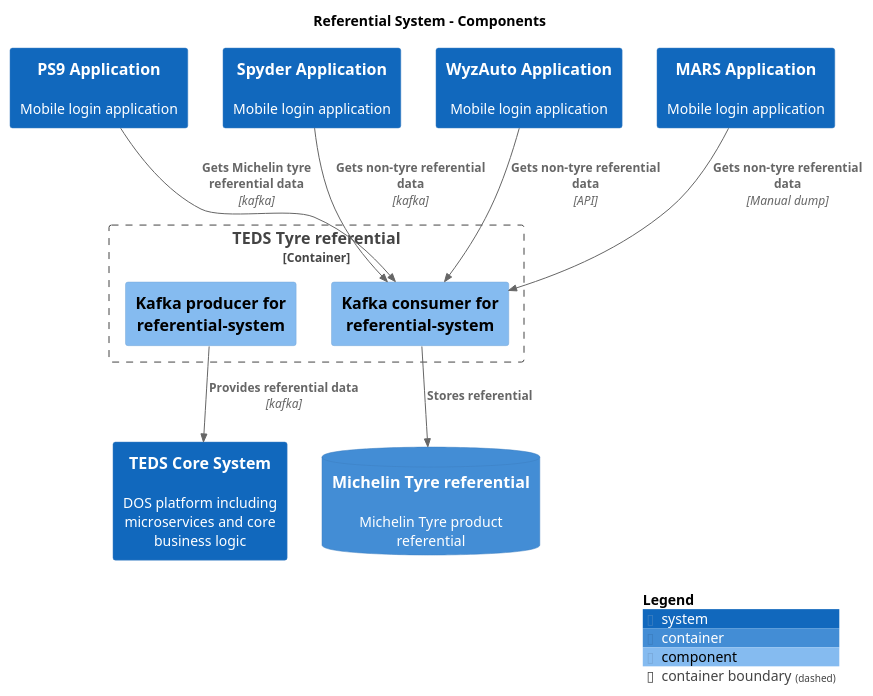
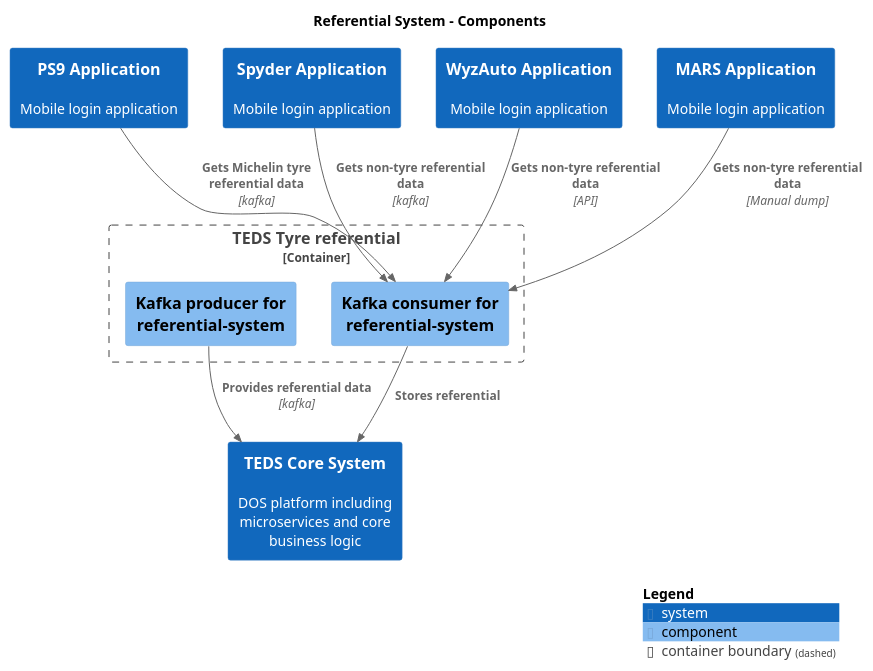
Before and after one commit to kzsahay/teds: the diagram in main/puml/Level3_referential_Components.puml, drawn with PlantUML. The commit also changed 193 other files, not shown here.

```diff
--- a/main/puml/Level3_referential_Components.puml
+++ b/main/puml/Level3_referential_Components.puml
@@ -1,32 +1,30 @@
 @startuml
 set separator none
 title Referential System – Components
 
 top to bottom direction
 
 !include <C4/C4>
 !include <C4/C4_Context>
-!include <C4/C4_Container>
 !include <C4/C4_Component>
 
 System(TEDSCoreSystem, "TEDS Core System", $descr="DOS platform including microservices and core business logic", $tags="", $link="")
 System(PS9Application, "PS9 Application", $descr="Mobile login application", $tags="", $link="")
 System(SpyderApplication, "Spyder Application", $descr="Mobile login application", $tags="", $link="")
 System(WyzAutoApplication, "WyzAuto Application", $descr="Mobile login application", $tags="", $link="")
 System(MARSApplication, "MARS Application", $descr="Mobile login application", $tags="", $link="")
-ContainerDb(ReferentialSystem.MichelinTyrereferential, "Michelin Tyre referential", $techn="", $descr="Michelin Tyre product referential", $tags="", $link="")
 
 Container_Boundary("ReferentialSystem.TEDSTyrereferential_boundary", "TEDS Tyre referential", $tags="") {
   Component(ReferentialSystem.TEDSTyrereferential.Kafkaproducerforreferentialsystem, "Kafka producer for referential-system", $techn="", $descr="", $tags="", $link="")
   Component(ReferentialSystem.TEDSTyrereferential.Kafkaconsumerforreferentialsystem, "Kafka consumer for referential-system", $techn="", $descr="", $tags="", $link="")
 }
 
+Rel(MARSApplication, ReferentialSystem.TEDSTyrereferential.Kafkaconsumerforreferentialsystem, "Gets non-tyre referential data", $techn="Manual dump", $tags="", $link="")
+Rel(ReferentialSystem.TEDSTyrereferential.Kafkaconsumerforreferentialsystem, TEDSCoreSystem, "Stores referential", $techn="", $tags="", $link="")
+Rel(ReferentialSystem.TEDSTyrereferential.Kafkaproducerforreferentialsystem, TEDSCoreSystem, "Provides referential data", $techn="kafka", $tags="", $link="")
+Rel(PS9Application, ReferentialSystem.TEDSTyrereferential.Kafkaconsumerforreferentialsystem, "Gets Michelin tyre referential data", $techn="kafka", $tags="", $link="")
 Rel(SpyderApplication, ReferentialSystem.TEDSTyrereferential.Kafkaconsumerforreferentialsystem, "Gets non-tyre referential data", $techn="kafka", $tags="", $link="")
 Rel(WyzAutoApplication, ReferentialSystem.TEDSTyrereferential.Kafkaconsumerforreferentialsystem, "Gets non-tyre referential data", $techn="API", $tags="", $link="")
-Rel(MARSApplication, ReferentialSystem.TEDSTyrereferential.Kafkaconsumerforreferentialsystem, "Gets non-tyre referential data", $techn="Manual dump", $tags="", $link="")
-Rel(ReferentialSystem.TEDSTyrereferential.Kafkaconsumerforreferentialsystem, ReferentialSystem.MichelinTyrereferential, "Stores referential", $techn="", $tags="", $link="")
-Rel(ReferentialSystem.TEDSTyrereferential.Kafkaproducerforreferentialsystem, TEDSCoreSystem, "Provides referential data", $techn="kafka", $tags="", $link="")
-Rel(PS9Application, ReferentialSystem.TEDSTyrereferential.Kafkaconsumerforreferentialsystem, "Gets Michelin tyre referential data", $techn="kafka", $tags="", $link="")
 
 SHOW_LEGEND(true)
 @enduml
```
